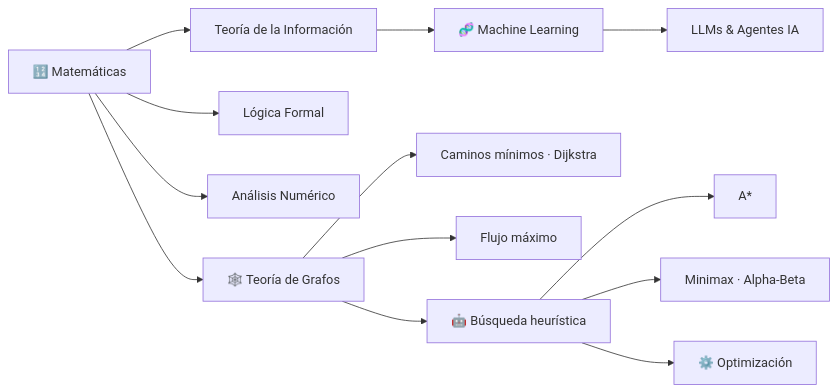
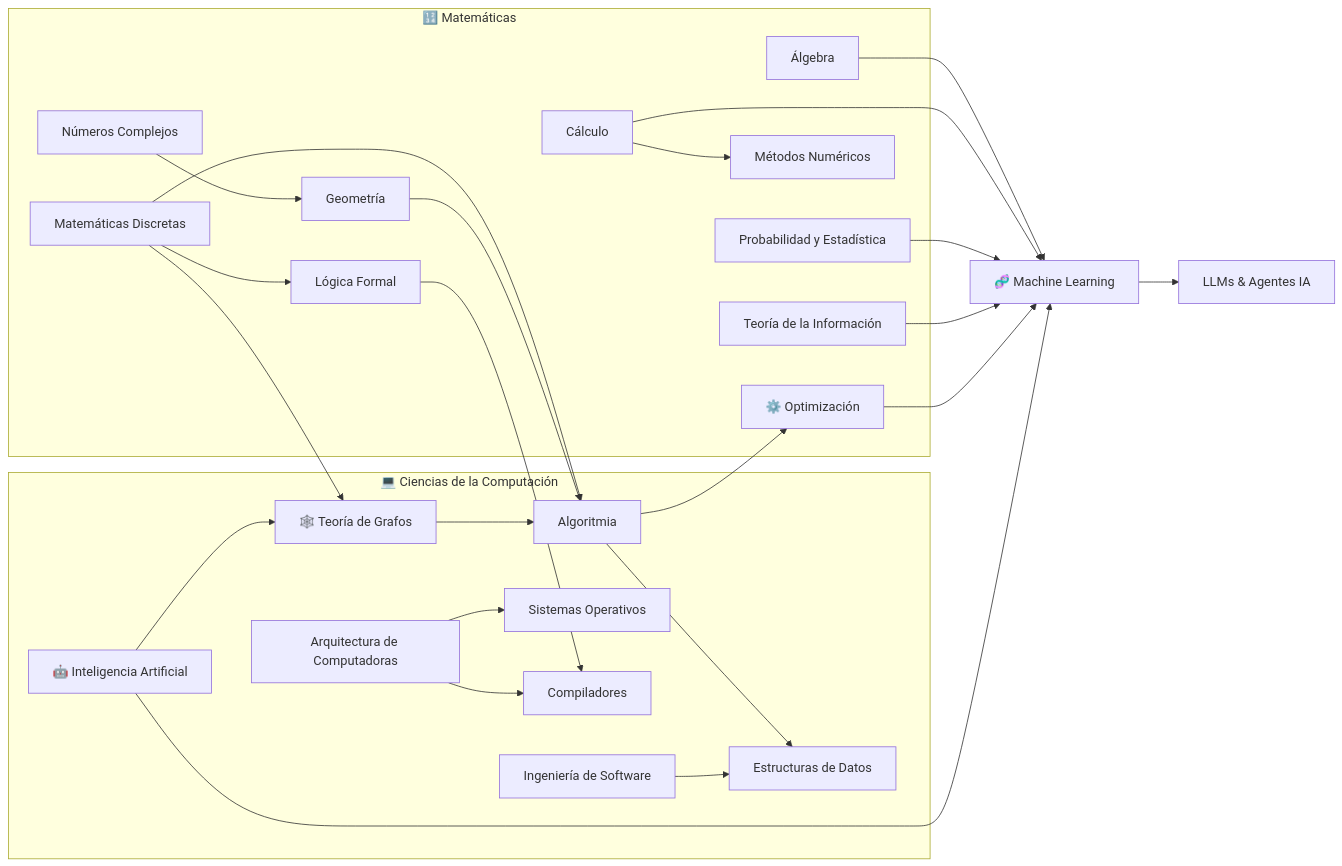
One commit to PurppleAlien/PurppleAlien changed the diagram in README.md. Above: the diagram before and after it, drawn with Mermaid. The commit also changed other lines of this file, not shown here.

````diff
--- a/README.md
+++ b/README.md
@@ -147,15 +155,54 @@
 ```mermaid
 graph LR
-    Math["🔢 Matemáticas"] --> Info["Teoría de la Información"]
-    Math --> Logic["Lógica Formal"]
-    Math --> Num["Análisis Numérico"]
-    Math --> Graphs["🕸️ Teoría de Grafos"]
-    Graphs --> Paths["Caminos mínimos · Dijkstra"]
-    Graphs --> Flow["Flujo máximo"]
-    Graphs --> Search["🤖 Búsqueda heurística"]
-    Search --> AStar["A*"]
-    Search --> Adversarial["Minimax · Alpha-Beta"]
-    Info --> ML["🧬 Machine Learning"]
-    ML --> LLM["LLMs & Agentes IA"]
-    Search --> Opt["⚙️ Optimización"]
+    subgraph MAT["🔢 Matemáticas"]
+        Alg["Álgebra"]
+        Cal["Cálculo"]
+        Geo["Geometría"]
+        Cplx["Números Complejos"]
+        Disc["Matemáticas Discretas"]
+        Prob["Probabilidad y Estadística"]
+        NumM["Métodos Numéricos"]
+        Info["Teoría de la Información"]
+        Logic["Lógica Formal"]
+        Opt["⚙️ Optimización"]
+    end
+
+    subgraph CS["💻 Ciencias de la Computación"]
+        Algo["Algoritmia"]
+        DS["Estructuras de Datos"]
+        Graphs["🕸️ Teoría de Grafos"]
+        Arch["Arquitectura de Computadoras"]
+        OS["Sistemas Operativos"]
+        Comp["Compiladores"]
+        SE["Ingeniería de Software"]
+        AI["🤖 Inteligencia Artificial"]
+    end
+
+    ML["🧬 Machine Learning"]
+    LLM["LLMs & Agentes IA"]
+
+    %% Puentes matemáticas → computación
+    Disc --> Graphs
+    Disc --> Algo
+    Disc --> Logic
+    Cal --> NumM
+    Cplx --> Geo
+    Alg --> ML
+    Cal --> ML
+    Prob --> ML
+    Info --> ML
+    Opt --> ML
+
+    %% Núcleo de computación
+    Graphs --> Algo
+    Geo --> Algo
+    Algo --> DS
+    Algo --> Opt
+    Arch --> OS
+    Arch --> Comp
+    Logic --> Comp
+    SE --> DS
+    AI --> Graphs
+    AI --> ML
+    ML --> LLM
 ```
````
